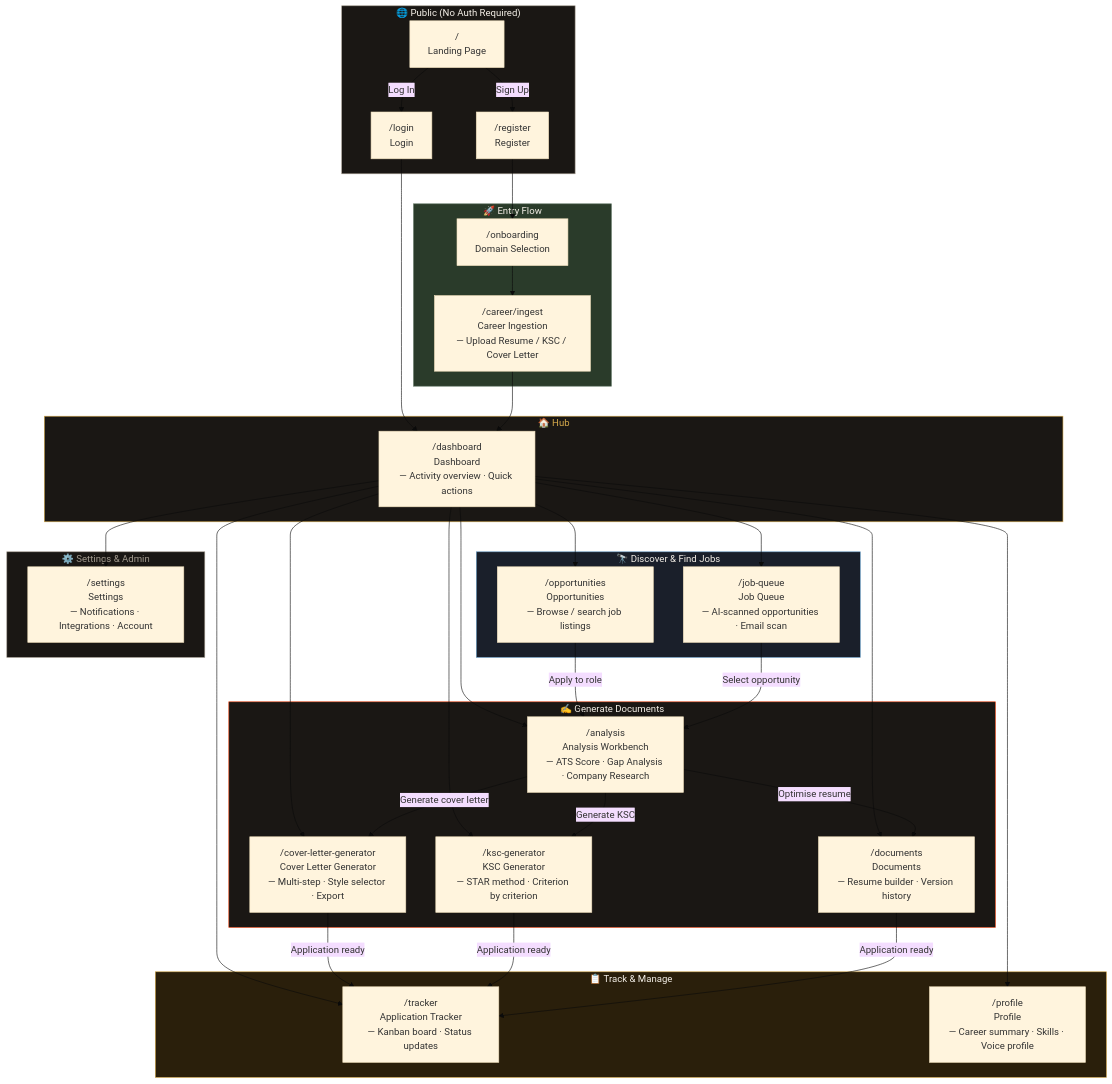
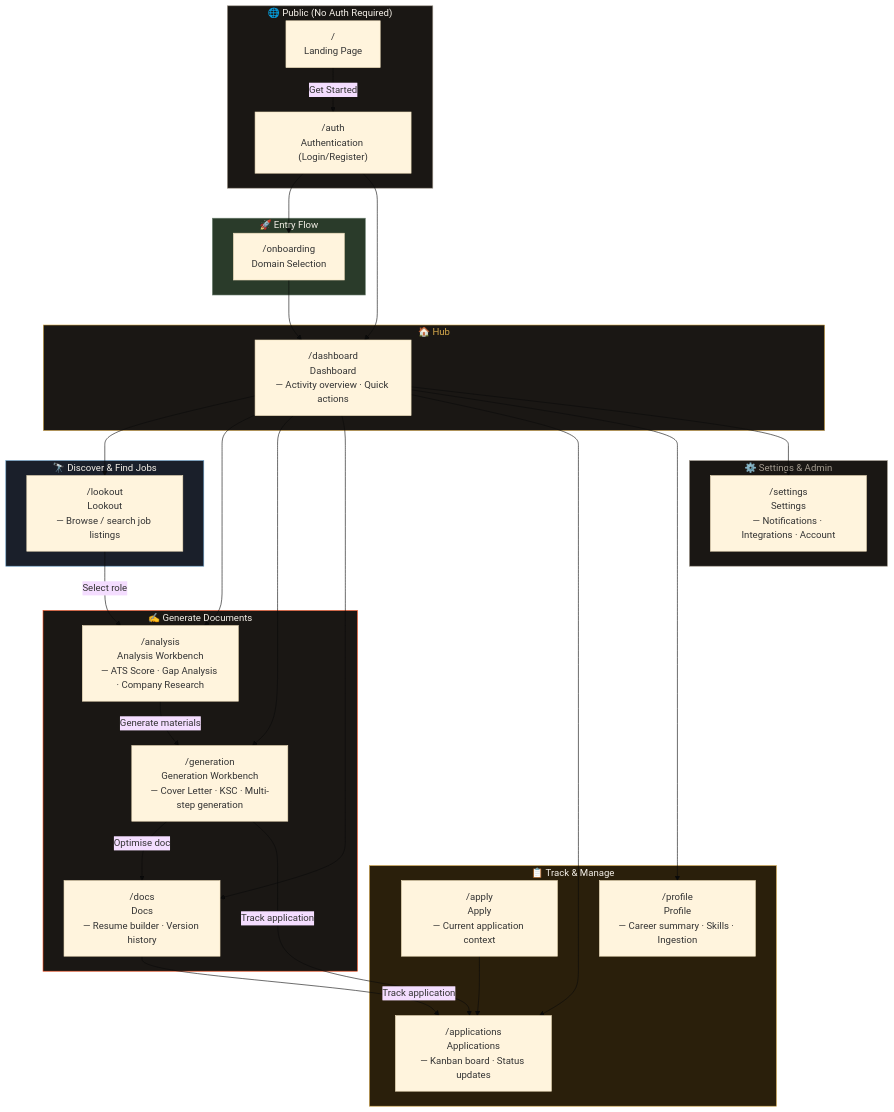
One commit to okgoogle13/careercopilot changed the second of 5 diagrams in docs/UX_PROCESS_MAP.md. Above: the diagram before and after it, drawn with Mermaid (base theme). The commit also changed other lines of this file and 73 other files, not shown here.

```diff
--- a/docs/UX_PROCESS_MAP.md
+++ b/docs/UX_PROCESS_MAP.md
@@ -69,18 +69,13 @@
     subgraph Public["🌐 Public (No Auth Required)"]
         LAND["/
 Landing Page"]
-        LOGIN["/login
-Login"]
-        REG["/register
-Register"]
+        AUTH["/auth
+Authentication (Login/Register)"]
     end
 
-    subgraph Onboarding["🚀 Entry Flow"]
+    subgraph EntryFlow["🚀 Entry Flow"]
         OB["/onboarding
 Domain Selection"]
-        ING["/career/ingest
-Career Ingestion
-— Upload Resume / KSC / Cover Letter"]
     end
 
     subgraph Hub["🏠 Hub"]
@@ -90,36 +85,33 @@
     end
 
     subgraph Discover["🔭 Discover & Find Jobs"]
-        OPP["/opportunities
-Opportunities
+        LOOK["/lookout
+Lookout
 — Browse / search job listings"]
-        JQ["/job-queue
-Job Queue
-— AI-scanned opportunities · Email scan"]
     end
 
     subgraph Generate["✍️ Generate Documents"]
         ANA["/analysis
 Analysis Workbench
 — ATS Score · Gap Analysis · Company Research"]
-        CL["/cover-letter-generator
-Cover Letter Generator
-— Multi-step · Style selector · Export"]
-        KSC["/ksc-generator
-KSC Generator
-— STAR method · Criterion by criterion"]
-        DOC["/documents
-Documents
+        GEN["/generation
+Generation Workbench
+— Cover Letter · KSC · Multi-step generation"]
+        DOCS["/docs
+Docs
 — Resume builder · Version history"]
     end
 
     subgraph Track["📋 Track & Manage"]
-        TRK["/tracker
-Application Tracker
+        APPS["/applications
+Applications
 — Kanban board · Status updates"]
+        APPLY["/apply
+Apply
+— Current application context"]
         PROF["/profile
 Profile
-— Career summary · Skills · Voice profile"]
+— Career summary · Skills · Ingestion"]
     end
 
     subgraph Settings["⚙️ Settings & Admin"]
@@ -128,34 +120,28 @@
 — Notifications · Integrations · Account"]
     end
 
-    LAND -->|"Sign Up"| REG
-    LAND -->|"Log In"| LOGIN
-    REG --> OB
-    LOGIN --> DASH
-    OB --> ING
-    ING --> DASH
+    LAND -->|"Get Started"| AUTH
+    AUTH --> OB
+    OB --> DASH
+    AUTH --> DASH
 
-    DASH --> OPP
-    DASH --> JQ
+    DASH --> LOOK
     DASH --> ANA
-    DASH --> CL
-    DASH --> KSC
-    DASH --> DOC
-    DASH --> TRK
+    DASH --> GEN
+    DASH --> DOCS
+    DASH --> APPS
     DASH --> PROF
     DASH --> SET
 
-    OPP -->|"Apply to role"| ANA
-    JQ -->|"Select opportunity"| ANA
-    ANA -->|"Generate cover letter"| CL
-    ANA -->|"Generate KSC"| KSC
-    ANA -->|"Optimise resume"| DOC
-    CL -->|"Application ready"| TRK
-    KSC -->|"Application ready"| TRK
-    DOC -->|"Application ready"| TRK
+    LOOK -->|"Select role"| ANA
+    ANA -->|"Generate materials"| GEN
+    GEN -->|"Optimise doc"| DOCS
+    GEN -->|"Track application"| APPS
+    DOCS -->|"Track application"| APPS
+    APPLY --> APPS
 
     style Public fill:#1A1714,color:#F5F0E8,stroke:#A39B8F
-    style Onboarding fill:#2A3B2A,color:#F5F0E8,stroke:#6B7F6E
+    style EntryFlow fill:#2A3B2A,color:#F5F0E8,stroke:#6B7F6E
     style Hub fill:#1A1714,color:#D4A84B,stroke:#D4A84B
     style Discover fill:#1A1F2A,color:#F5F0E8,stroke:#6B9FC8
     style Generate fill:#1A1714,color:#F5F0E8,stroke:#F14714
```
